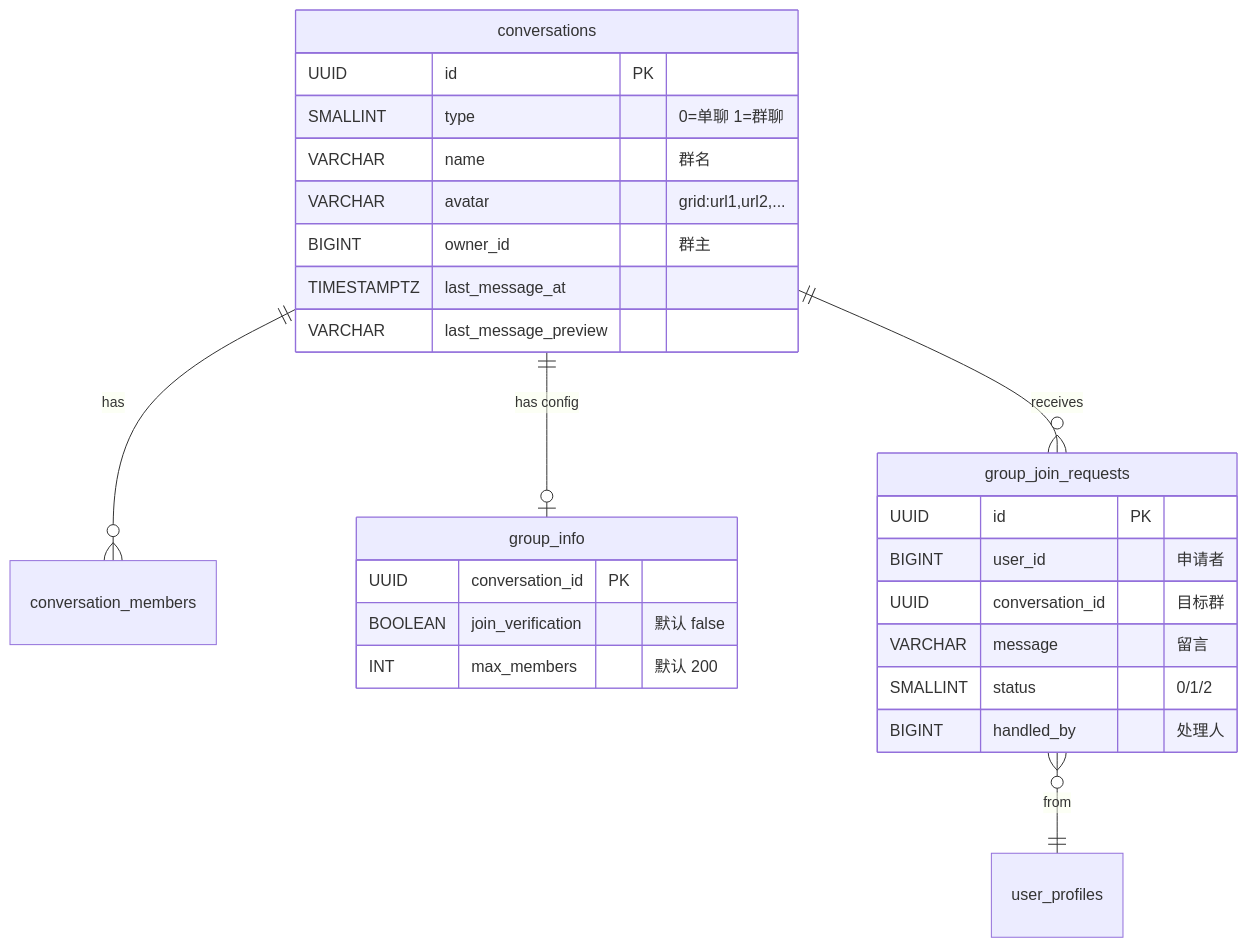
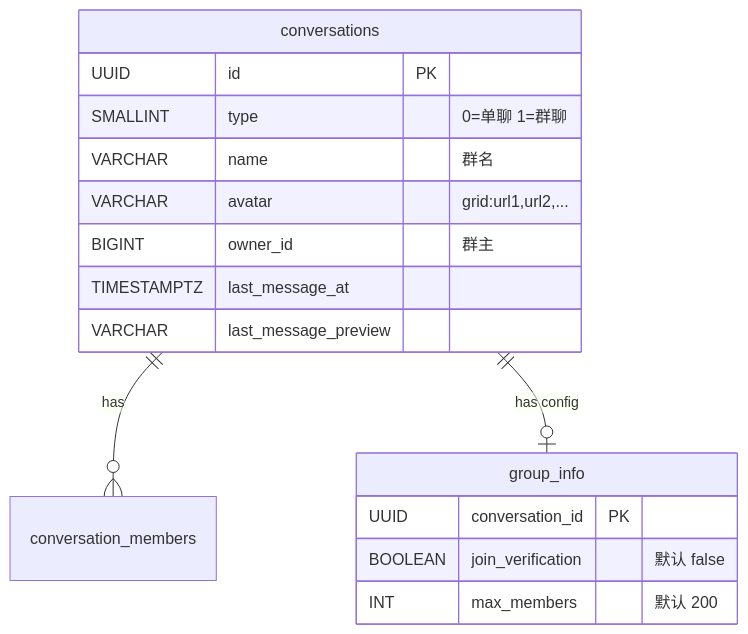
One commit to toly1994328/flash_im_by_ai changed the first of 2 diagrams in docs/features/im/group/v0.0.1/server/design.md. Above: the diagram before and after it, drawn with Mermaid. The commit also changed other lines of this file and 84 other files, not shown here.

````diff
--- a/docs/features/im/group/v0.0.1/server/design.md
+++ b/docs/features/im/group/v0.0.1/server/design.md
@@ -92,32 +69,21 @@
 ```mermaid
 erDiagram
     conversations ||--o{ conversation_members : "has"
     conversations ||--o| group_info : "has config"
-    conversations ||--o{ group_join_requests : "receives"
-    group_join_requests }o--|| user_profiles : "from"
 
     conversations {
         UUID id PK
         SMALLINT type "0=单聊 1=群聊"
         VARCHAR name "群名"
         VARCHAR avatar "grid:url1,url2,..."
         BIGINT owner_id "群主"
         TIMESTAMPTZ last_message_at
         VARCHAR last_message_preview
     }
 
     group_info {
         UUID conversation_id PK
         BOOLEAN join_verification "默认 false"
         INT max_members "默认 200"
     }
-
-    group_join_requests {
-        UUID id PK
-        BIGINT user_id "申请者"
-        UUID conversation_id "目标群"
-        VARCHAR message "留言"
-        SMALLINT status "0/1/2"
-        BIGINT handled_by "处理人"
-    }
 ```
````
